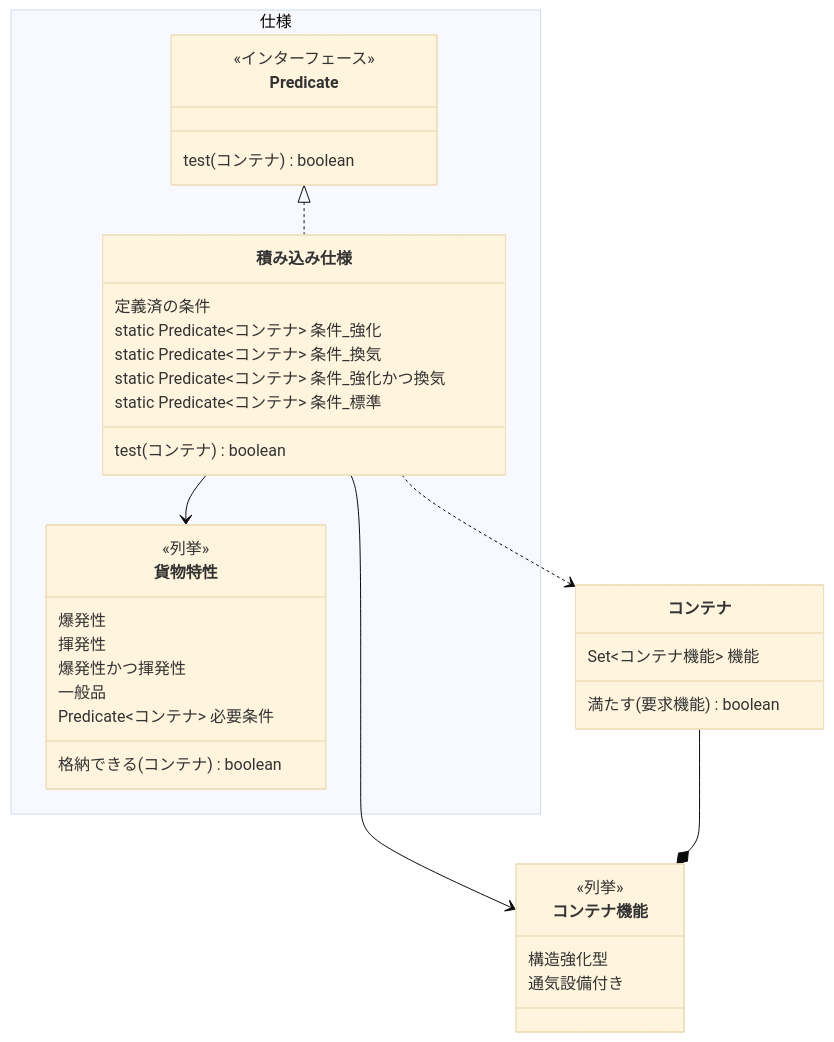
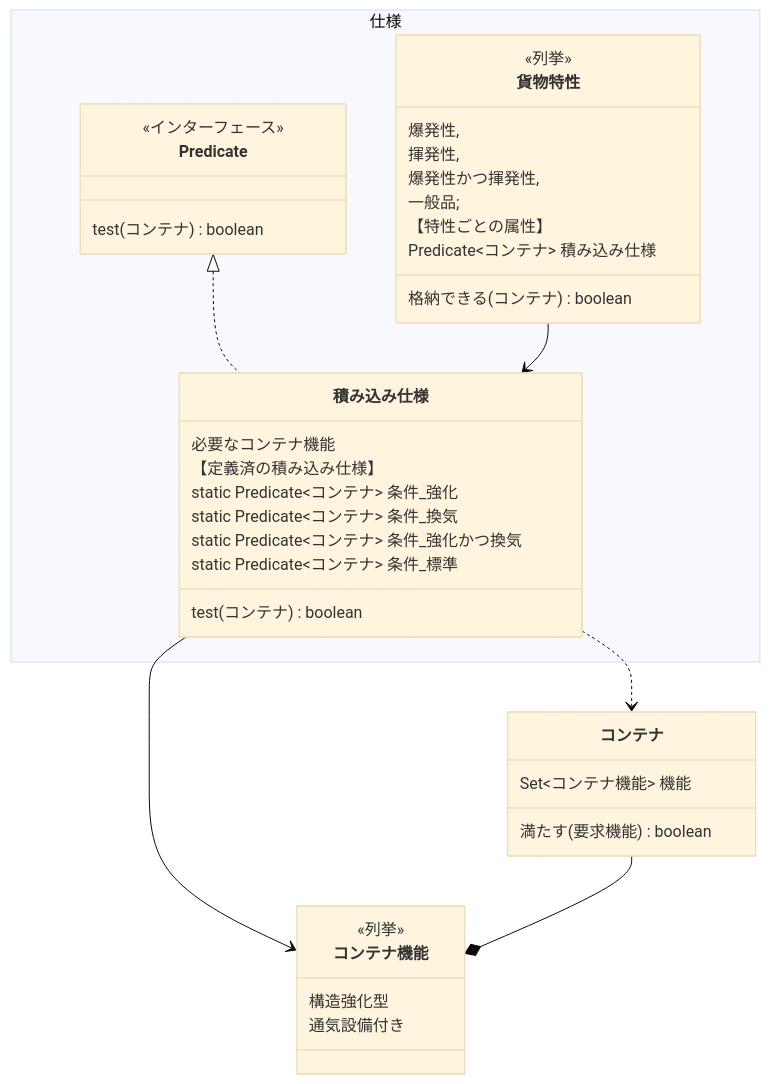
The diagram in src/main/java/com/example/domain/model/jjugccc2024/advanced/predicate/コンテナ積み込み判定.mmd (masuda220/business-logic-patterns), drawn with Mermaid (base theme) before and after one commit. The commit also changed 9 other files, not shown here.

```diff
--- a/src/main/java/com/example/domain/model/jjugccc2024/advanced/predicate/コンテナ積み込み判定.mmd
+++ b/src/main/java/com/example/domain/model/jjugccc2024/advanced/predicate/コンテナ積み込み判定.mmd
@@ -1,46 +1,46 @@
 classDiagram
     direction TB
     Predicate <|.. Specification
-    Specification --> 貨物特性
+    貨物特性 --> Specification
     Specification --> コンテナ機能
     Specification ..> コンテナ
     コンテナ --* コンテナ機能
 
     namespace 仕様 {
         class Predicate {
             <<インターフェース>>
             test(コンテナ) boolean
         }
 
         class 貨物特性 {
             <<列挙>>
-            爆発性
-            揮発性
-            爆発性かつ揮発性
-            一般品
-            Predicate<コンテナ> 必要条件
+            爆発性,
+            揮発性,
+            爆発性かつ揮発性,
+            一般品;
+            【特性ごとの属性】
+            Predicate<コンテナ> 積み込み仕様
             格納できる(コンテナ) boolean
         }
 
         class Specification["積み込み仕様"] {
-            定義済の条件
+            必要なコンテナ機能
+            【定義済の積み込み仕様】
             static Predicate~コンテナ~ 条件_強化
             static Predicate~コンテナ~ 条件_換気
             static Predicate~コンテナ~ 条件_強化かつ換気
             static Predicate~コンテナ~ 条件_標準
             test(コンテナ) boolean
         }
     }
-
-    style for Specifcaiton fill:#777
 
     class コンテナ {
         Set~コンテナ機能~ 機能
         満たす(要求機能) boolean
     }
 
     class コンテナ機能 {
         <<列挙>>
         構造強化型
         通気設備付き
     }
```
